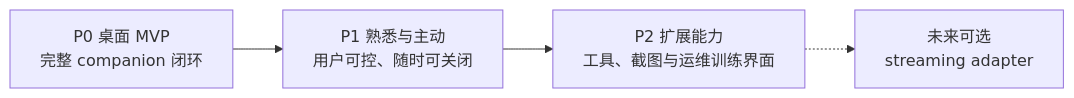
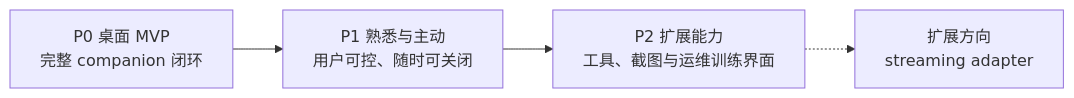
Before and after one commit to Momoyeyu/momo: the diagram in docs/00-context/roadmap.md, drawn with Mermaid. The commit also changed other lines of this file and 23 other files, not shown here.

````diff
--- a/docs/00-context/roadmap.md
+++ b/docs/00-context/roadmap.md
@@ -7,6 +7,6 @@
 ```mermaid
 flowchart LR
     P0["P0 桌面 MVP<br/>完整 companion 闭环"] --> P1["P1 熟悉与主动<br/>用户可控、随时可关闭"]
     P1 --> P2["P2 扩展能力<br/>工具、截图与运维训练界面"]
-    P2 -.-> FUTURE["未来可选<br/>streaming adapter"]
+    P2 -.-> FUTURE["扩展方向<br/>streaming adapter"]
 ```
````
